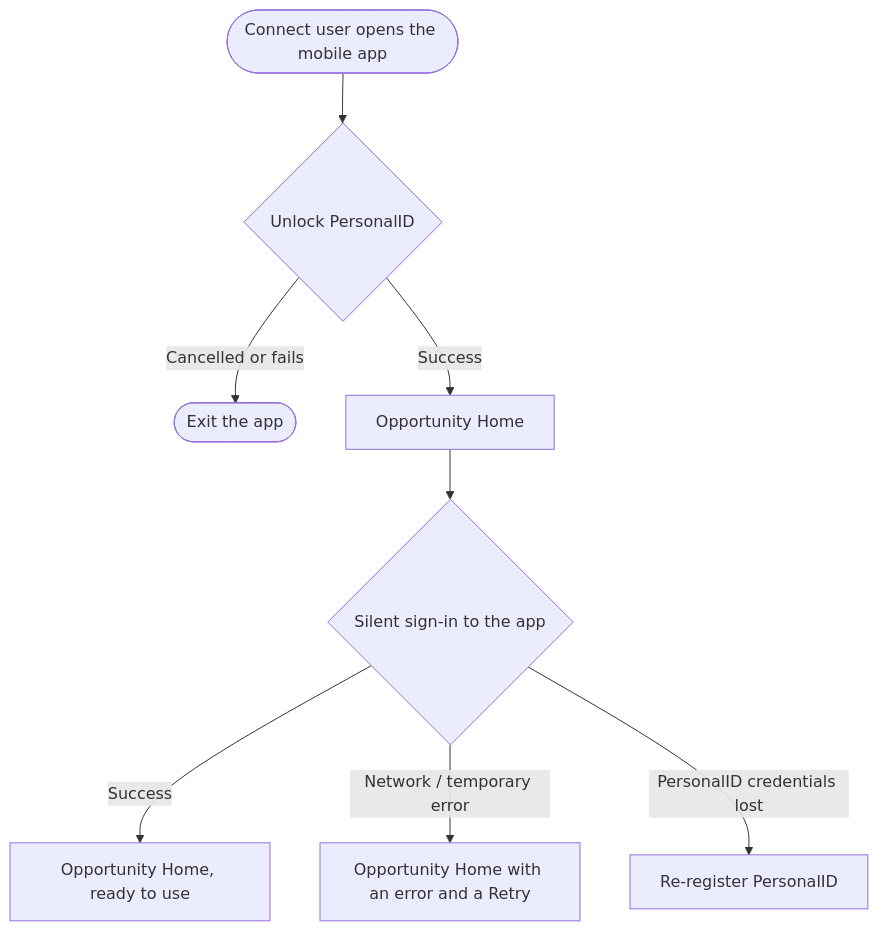
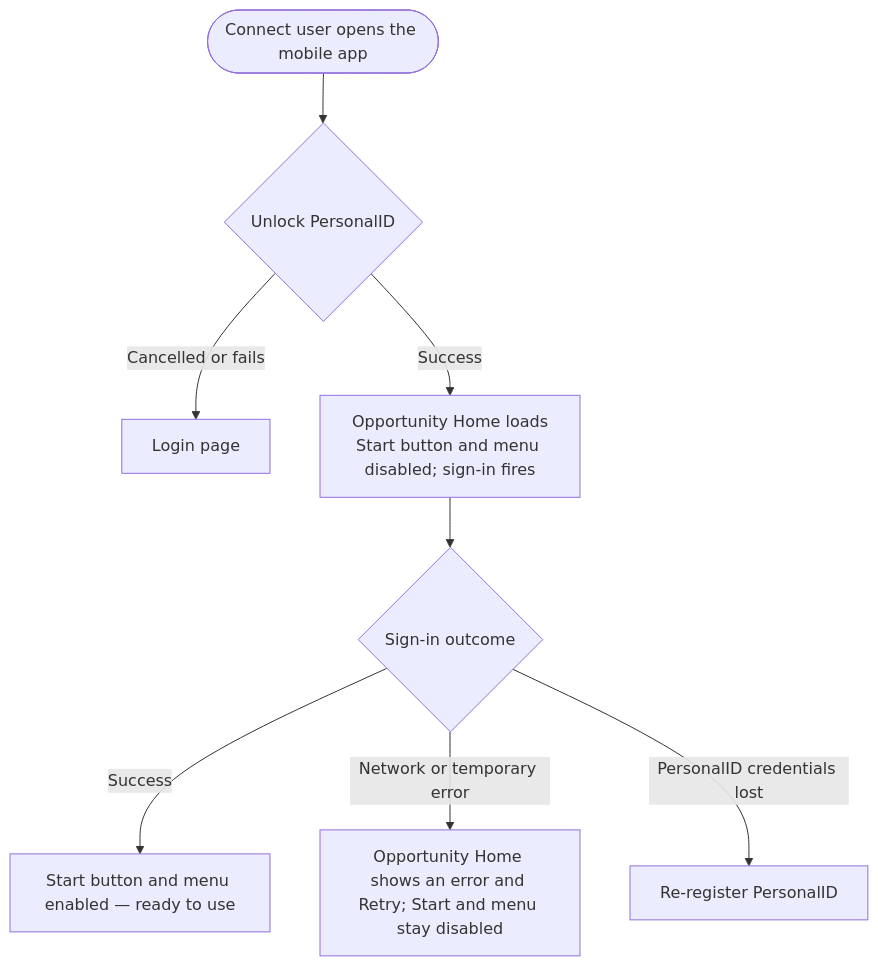
One commit to dimagi/commcare-android changed the second of 4 diagrams in docs/superpowers/specs/2026-07-23-app-navigation-changes-design.md. Above: the diagram before and after it, drawn with Mermaid. The commit also changed other lines of this file, not shown here.

First line of the commit message:
CCCT-2520 App Navigation Changes Spec

````diff
--- a/docs/superpowers/specs/2026-07-23-app-navigation-changes-design.md
+++ b/docs/superpowers/specs/2026-07-23-app-navigation-changes-design.md
@@ -30,10 +30,10 @@
 ```mermaid
 flowchart TD
     Start([Connect user opens the mobile app]) --> Unlock{Unlock PersonalID}
-    Unlock -->|Cancelled or fails| Exit([Exit the app])
-    Unlock -->|Success| Land[Opportunity Home]
-    Land --> Login{Silent sign-in to the app}
-    Login -->|Success| Ready[Opportunity Home, ready to use]
-    Login -->|Network / temporary error| Retry[Opportunity Home with an error and a Retry]
-    Login -->|PersonalID credentials lost| Reregister[Re-register PersonalID]
+    Unlock -->|Cancelled or fails| Login[Login page]
+    Unlock -->|Success| Land[Opportunity Home loads<br/>Start button and menu disabled; sign-in fires]
+    Land --> Signin{Sign-in outcome}
+    Signin -->|Success| Ready[Start button and menu enabled — ready to use]
+    Signin -->|Network or temporary error| Retry[Opportunity Home shows an error and Retry; Start and menu stay disabled]
+    Signin -->|PersonalID credentials lost| Reregister[Re-register PersonalID]
 ```
````
